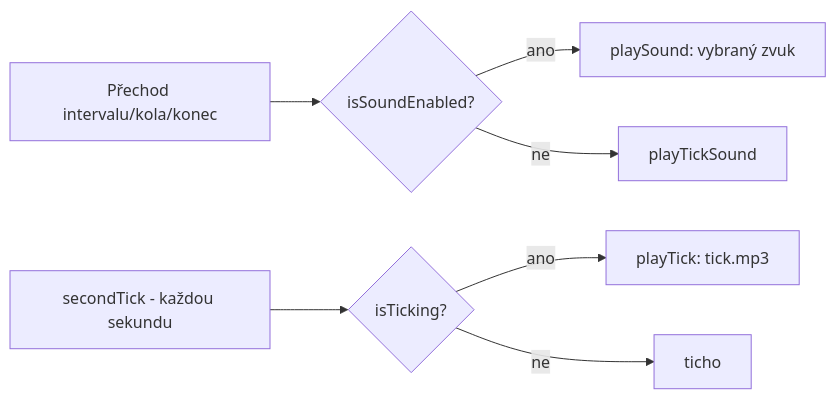
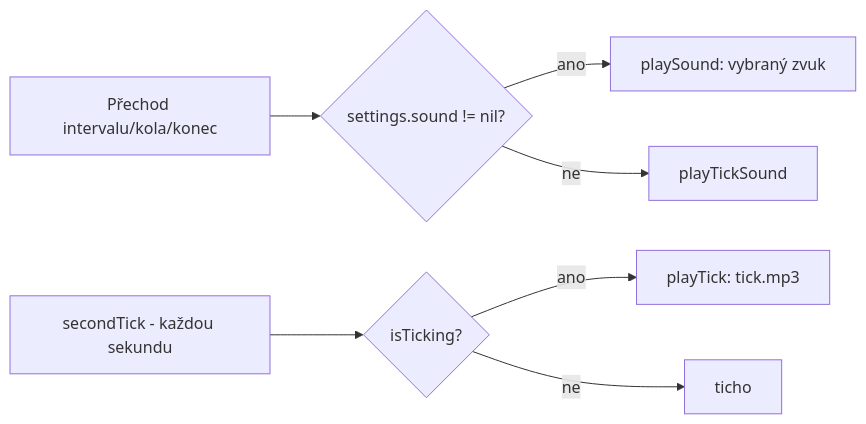
Before and after one commit to daliborjanecek/GustavTimer: the third of 3 diagrams in GustavTimer-Dokumentace.md, drawn with Mermaid. The commit also changed other lines of this file, not shown here.

````diff
--- a/GustavTimer-Dokumentace.md
+++ b/GustavTimer-Dokumentace.md
@@ -436,9 +436,9 @@
 ```mermaid
 flowchart LR
-    A[Přechod intervalu/kola/konec] --> B{isSoundEnabled?}
+    A[Přechod intervalu/kola/konec] --> B{settings.sound != nil?}
     B -- ano --> C[playSound: vybraný zvuk]
     B -- ne --> D[playTickSound]
     E[secondTick - každou sekundu] --> F{isTicking?}
     F -- ano --> G[playTick: tick.mp3]
     F -- ne --> H[ticho]
 ```
````
